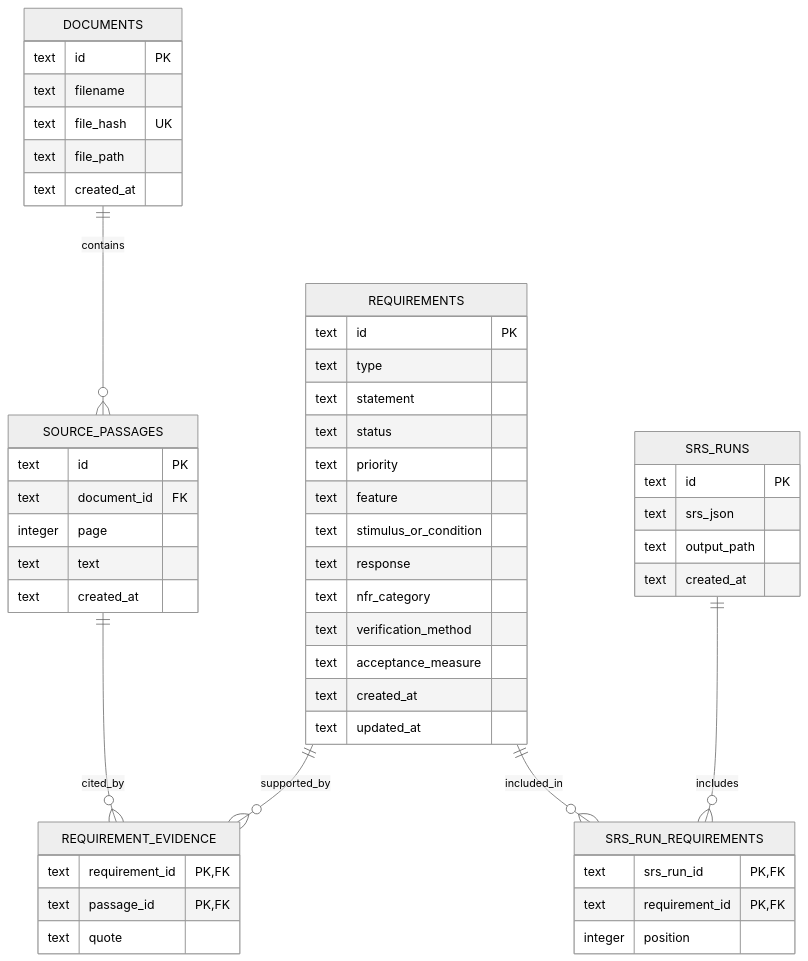
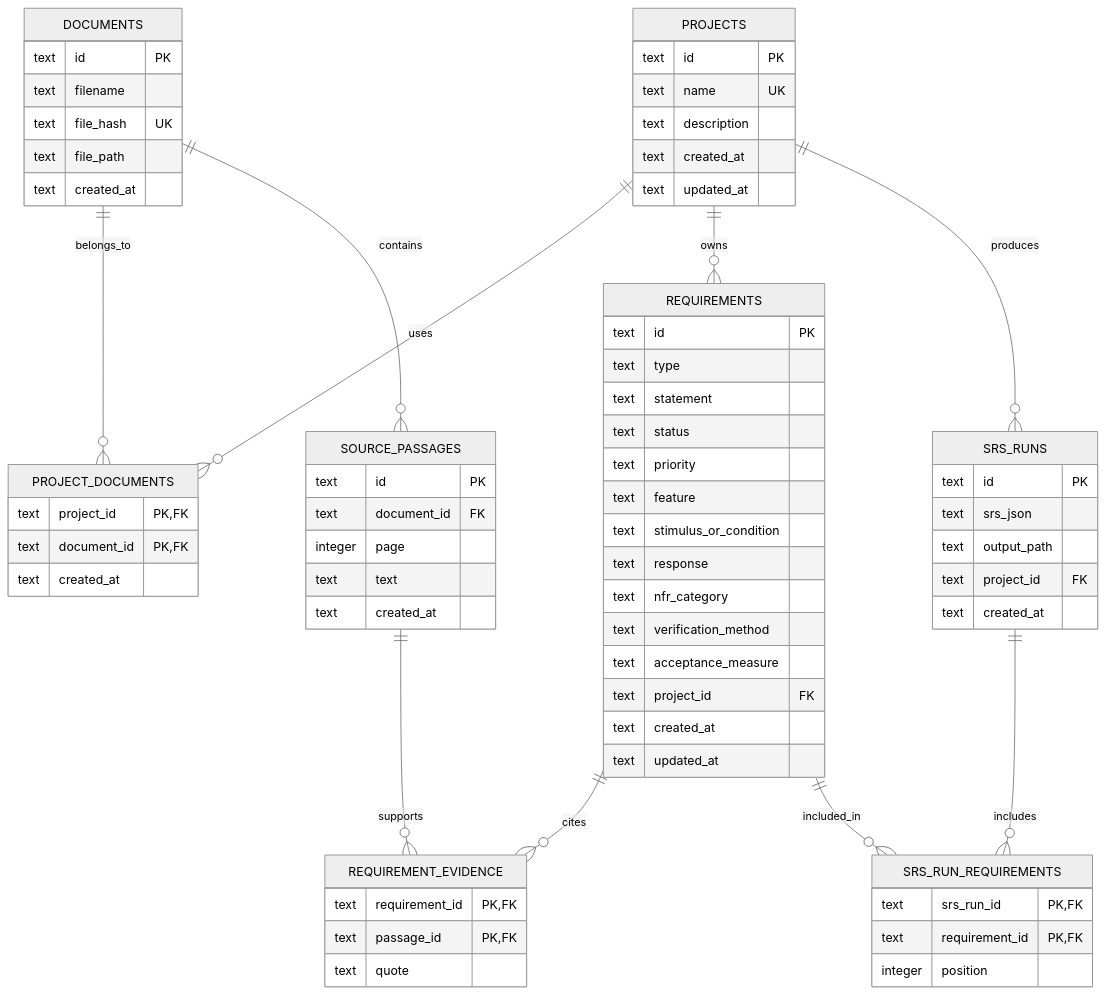
One commit to ChinotChese/spec-test-ai changed the first of 2 diagrams in src/database/spec.md. Above: the diagram before and after it, drawn with Mermaid (neutral theme). The commit also changed other lines of this file and 13 other files, not shown here.

Commit message:
feat: add project table them migrate to new db in order to isolate projects

````diff
--- a/src/database/spec.md
+++ b/src/database/spec.md
@@ -18,54 +20,72 @@
 ```mermaid
 erDiagram
+    PROJECTS ||--o{ PROJECT_DOCUMENTS : uses
+    DOCUMENTS ||--o{ PROJECT_DOCUMENTS : belongs_to
+    PROJECTS ||--o{ REQUIREMENTS : owns
+    PROJECTS ||--o{ SRS_RUNS : produces
     DOCUMENTS ||--o{ SOURCE_PASSAGES : contains
-    SOURCE_PASSAGES ||--o{ REQUIREMENT_EVIDENCE : cited_by
-    REQUIREMENTS ||--o{ REQUIREMENT_EVIDENCE : supported_by
+    SOURCE_PASSAGES ||--o{ REQUIREMENT_EVIDENCE : supports
+    REQUIREMENTS ||--o{ REQUIREMENT_EVIDENCE : cites
     REQUIREMENTS ||--o{ SRS_RUN_REQUIREMENTS : included_in
     SRS_RUNS ||--o{ SRS_RUN_REQUIREMENTS : includes
 
+    PROJECTS {
+        text id PK
+        text name UK
+        text description
+        text created_at
+        text updated_at
+    }
+    PROJECT_DOCUMENTS {
+        text project_id PK, FK
+        text document_id PK, FK
+        text created_at
+    }
     DOCUMENTS {
         text id PK
         text filename
         text file_hash UK
         text file_path
         text created_at
     }
     SOURCE_PASSAGES {
         text id PK
         text document_id FK
         integer page
         text text
         text created_at
     }
     REQUIREMENTS {
         text id PK
         text type
         text statement
         text status
         text priority
         text feature
         text stimulus_or_condition
         text response
         text nfr_category
         text verification_method
         text acceptance_measure
+        text project_id FK
         text created_at
         text updated_at
     }
     SRS_RUNS {
         text id PK
         text srs_json
         text output_path
+        text project_id FK
         text created_at
     }
     REQUIREMENT_EVIDENCE {
         text requirement_id PK, FK
         text passage_id PK, FK
         text quote
     }
     SRS_RUN_REQUIREMENTS {
         text srs_run_id PK, FK
         text requirement_id PK, FK
         integer position
     }
 ```
````
